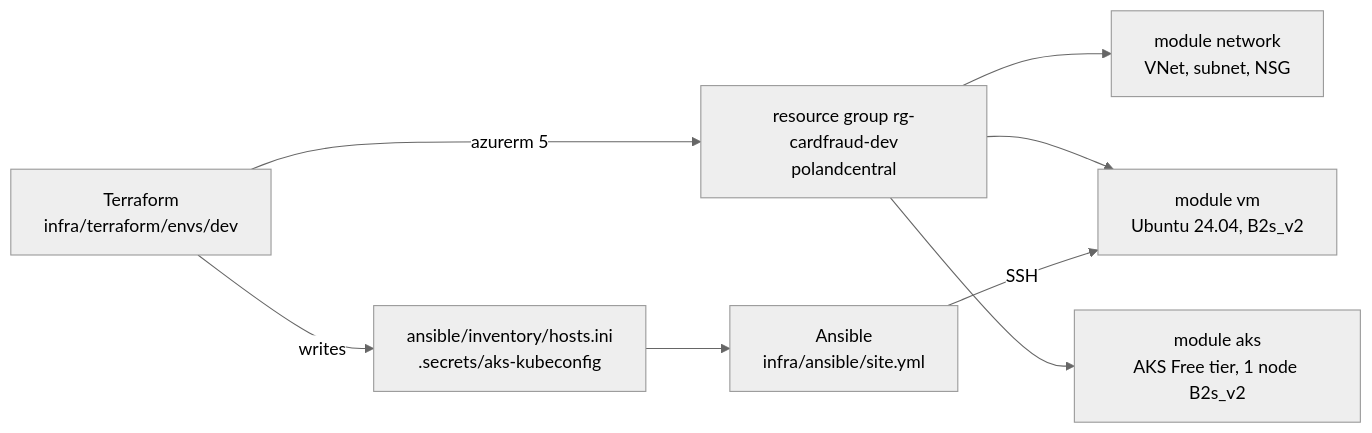
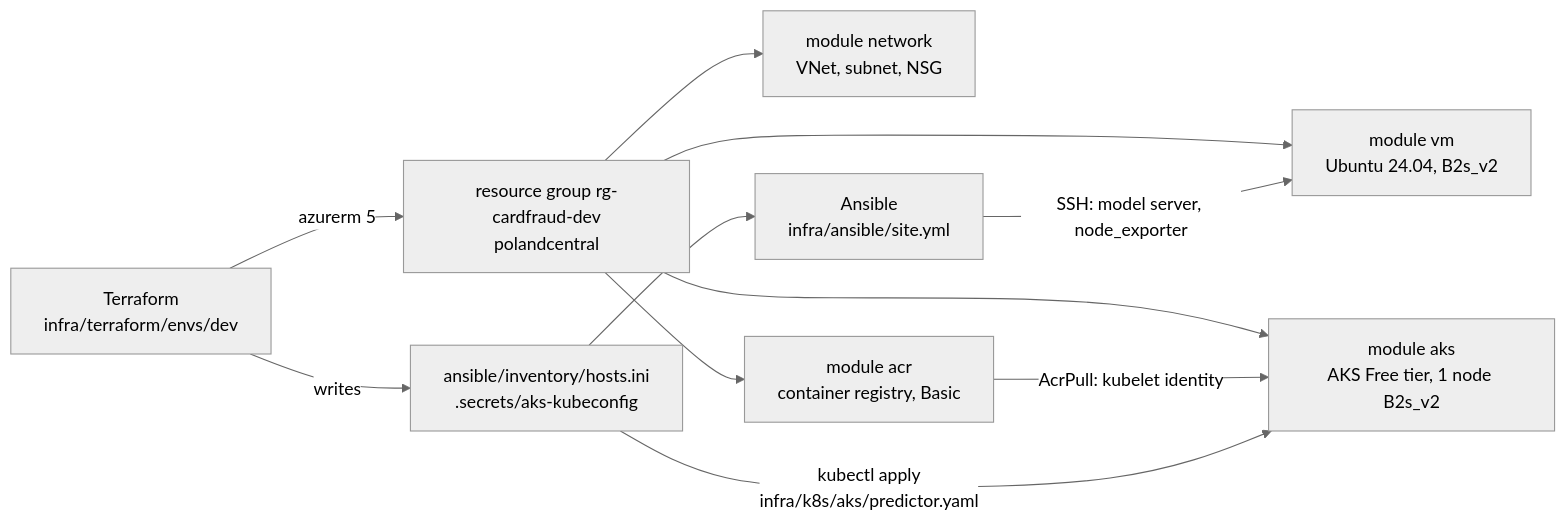
The diagram in docs/iac.md (cvinhnguyen/card-fraud-platform), drawn with Mermaid (neutral theme) before and after one commit. The commit also changed other lines of this file and 32 other files, not shown here.

Commit message:
Add ACR and AKS deploy, real Azure and Jenkins evidence

````diff
--- a/docs/iac.md
+++ b/docs/iac.md
@@ -3,10 +3,13 @@
 ```mermaid
 flowchart LR
     tf["Terraform<br/>infra/terraform/envs/dev"] -->|azurerm 5| rg["resource group rg-cardfraud-dev<br/>polandcentral"]
     rg --> net["module network<br/>VNet, subnet, NSG"]
     rg --> vm["module vm<br/>Ubuntu 24.04, B2s_v2"]
     rg --> aks["module aks<br/>AKS Free tier, 1 node B2s_v2"]
+    rg --> acr["module acr<br/>container registry, Basic"]
+    acr -->|AcrPull: kubelet identity| aks
     tf -->|writes| inv["ansible/inventory/hosts.ini<br/>.secrets/aks-kubeconfig"]
     inv --> ans["Ansible<br/>infra/ansible/site.yml"]
-    ans -->|SSH| vm
+    ans -->|SSH: model server, node_exporter| vm
+    inv -->|kubectl apply<br/>infra/k8s/aks/predictor.yaml| aks
 ```
````
